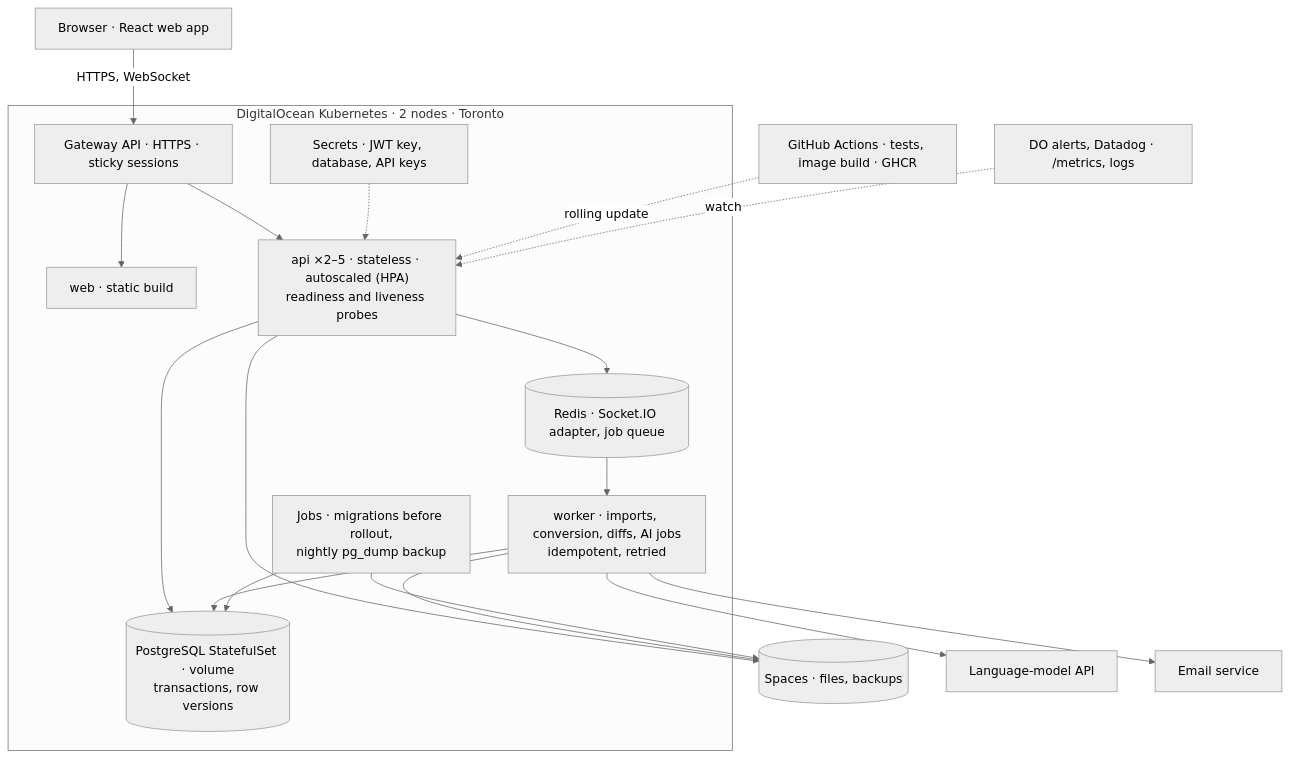
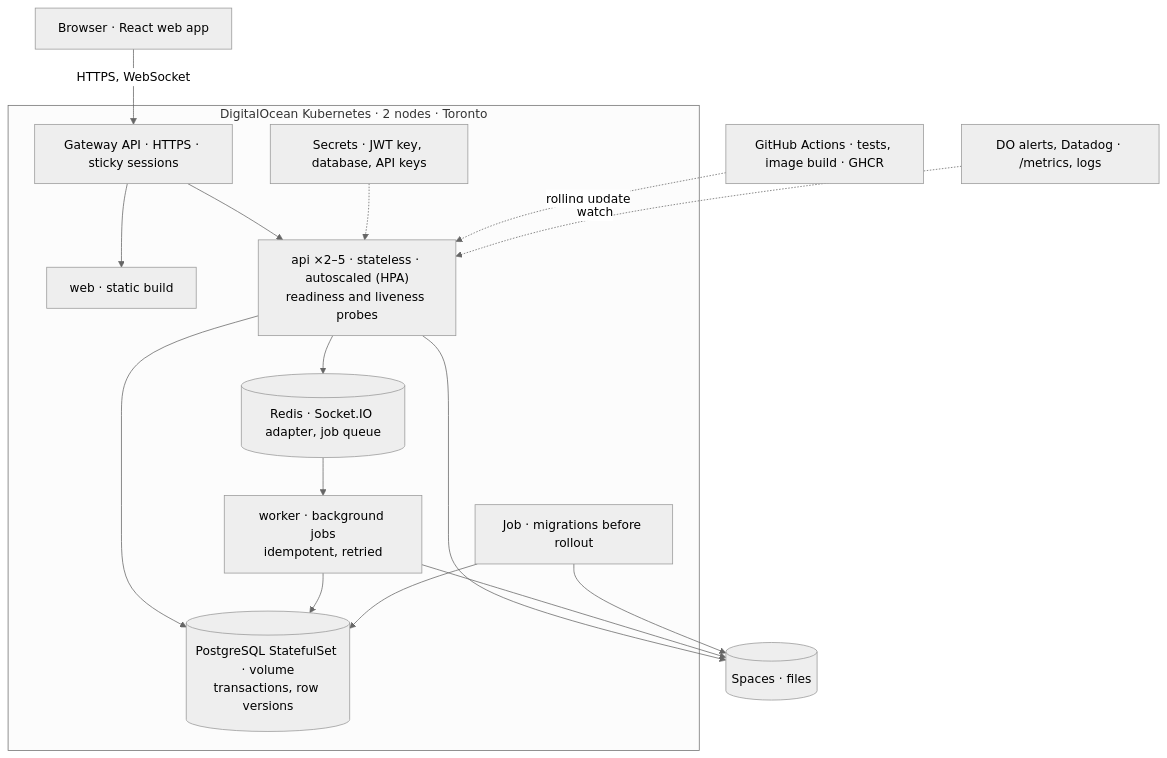
The diagram in docs/PROPOSAL.md (nabeegh-khan/contentcollab), drawn with Mermaid (neutral theme) before and after one commit. The commit also changed other lines of this file, not shown here.

````diff
--- a/docs/PROPOSAL.md
+++ b/docs/PROPOSAL.md
@@ -25,35 +25,31 @@
 ```mermaid
 flowchart TB
   U["Browser · React web app"]
   subgraph DOKS["DigitalOcean Kubernetes · 2 nodes · Toronto"]
     GW["Gateway API · HTTPS · sticky sessions"]
     W["web · static build"]
     A["api ×2–5 · stateless · autoscaled (HPA)<br/>readiness and liveness probes"]
-    K["worker · imports, conversion, diffs, AI jobs<br/>idempotent, retried"]
+    K["worker · background jobs<br/>idempotent, retried"]
     R[("Redis · Socket.IO adapter, job queue")]
     P[("PostgreSQL StatefulSet · volume<br/>transactions, row versions")]
-    J["Jobs · migrations before rollout,<br/>nightly pg_dump backup"]
+    J["Job · migrations before rollout"]
     SEC["Secrets · JWT key, database, API keys"]
   end
-  S[("Spaces · files, backups")]
-  LLM["Language-model API"]
-  MAIL["Email service"]
+  S[("Spaces · files")]
   CI["GitHub Actions · tests, image build · GHCR"]
   M["DO alerts, Datadog · /metrics, logs"]
   U -- "HTTPS, WebSocket" --> GW
   GW --> W
   GW --> A
   A --> R
   R --> K
   A --> P
   K --> P
   A --> S
   K --> S
   J --> P
   J --> S
-  K --> LLM
-  K --> MAIL
   SEC -.-> A
   CI -. "rolling update" .-> A
   M -. watch .-> A
 ```
````
